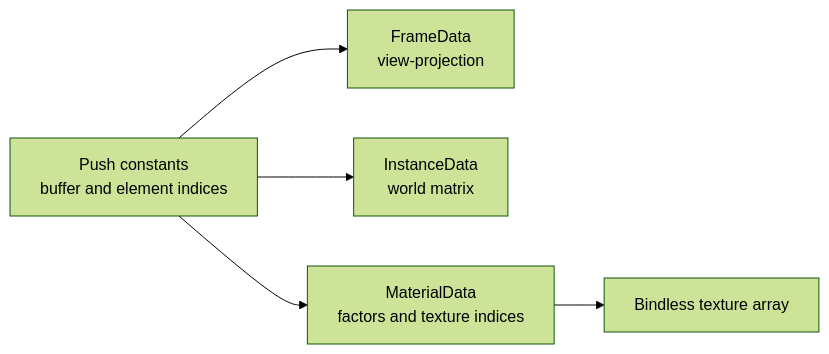
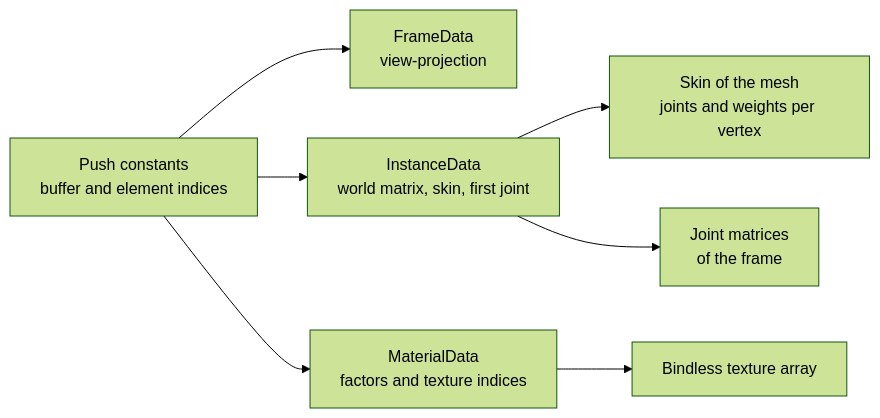
One commit to SBXdev3D/daidalos-engine-next changed the seventh of 7 diagrams in docs/ARCHITECTURE.md. Above: the diagram before and after it, drawn with Mermaid (forest theme). The commit also changed other lines of this file and 30 other files, not shown here.

````diff
--- a/docs/ARCHITECTURE.md
+++ b/docs/ARCHITECTURE.md
@@ -180,7 +198,9 @@
 ```mermaid
 flowchart LR
     P["Push constants<br/>buffer and element indices"] --> FB["FrameData<br/>view-projection"]
-    P --> IB["InstanceData<br/>world matrix"]
+    P --> IB["InstanceData<br/>world matrix, skin, first joint"]
+    IB --> SB["Skin of the mesh<br/>joints and weights per vertex"]
+    IB --> JB["Joint matrices<br/>of the frame"]
     P --> MB["MaterialData<br/>factors and texture indices"]
     MB --> T["Bindless texture array"]
 ```
````
